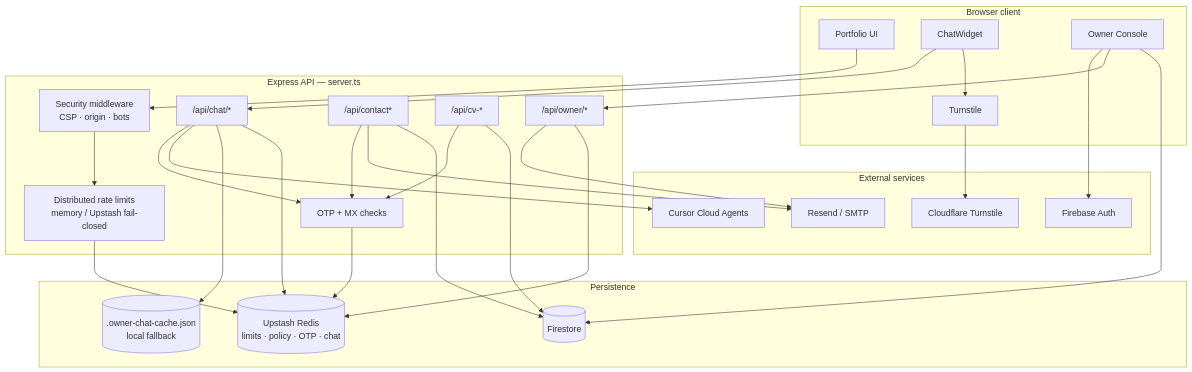
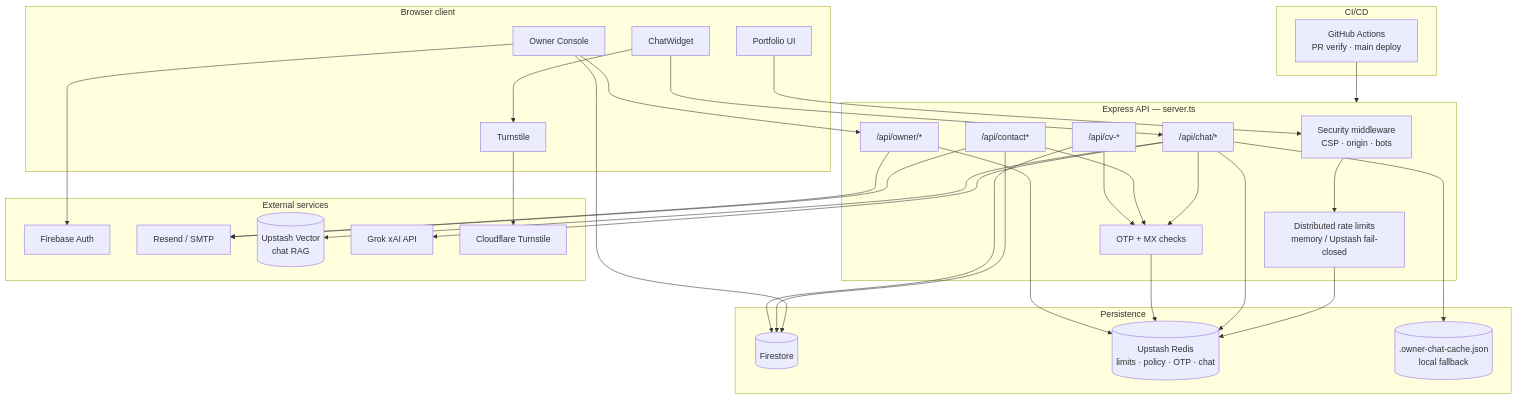
The first of 5 diagrams in docs/ARCHITECTURE.md (mosufyan/sufyan-portfolio), drawn with Mermaid before and after one commit. The commit also changed other lines of this file and 78 other files, not shown here.

First line of the commit message:
feat: ship Grok+Vector chat, CI security gates, and v1.0.0 hardening

````diff
--- a/docs/ARCHITECTURE.md
+++ b/docs/ARCHITECTURE.md
@@ -11,53 +11,60 @@
 ```mermaid
 flowchart TB
   subgraph Client["Browser client"]
     UI[Portfolio UI]
     Chat[ChatWidget]
     Owner[Owner Console]
     TS[Turnstile]
   end
 
   subgraph Edge["Express API — server.ts"]
     Sec[Security middleware<br/>CSP · origin · bots]
     RL[Distributed rate limits<br/>memory / Upstash fail-closed]
     OTP[OTP + MX checks]
     ChatAPI["/api/chat/*"]
     Contact["/api/contact*"]
     CV["/api/cv-*"]
     OwnerAPI["/api/owner/*"]
   end
 
   subgraph Data["Persistence"]
     FS[(Firestore)]
     Redis[(Upstash Redis<br/>limits · policy · OTP · chat)]
     Disk[(.owner-chat-cache.json<br/>local fallback)]
   end
 
   subgraph External["External services"]
     FB[Firebase Auth]
     Mail[Resend / SMTP]
-    Cursor[Cursor Cloud Agents]
+    Vector[(Upstash Vector<br/>chat RAG)]
+    Grok[Grok xAI API]
     CF[Cloudflare Turnstile]
+  end
+
+  subgraph CICD["CI/CD"]
+    GH[GitHub Actions<br/>PR verify · main deploy]
   end
 
   UI --> Sec
   Chat --> ChatAPI
   Chat --> TS --> CF
   Owner --> FB
   Owner --> OwnerAPI
   Owner --> FS
   Sec --> RL
   RL --> Redis
   ChatAPI --> OTP
-  ChatAPI --> Cursor
+  ChatAPI --> Vector
+  ChatAPI --> Grok
   ChatAPI --> Disk
   ChatAPI --> Redis
   Contact --> OTP
   Contact --> Mail
   Contact --> FS
   OTP --> Redis
   CV --> OTP
   CV --> FS
   OwnerAPI --> Mail
   OwnerAPI --> Redis
+  GH --> Edge
 ```
````
